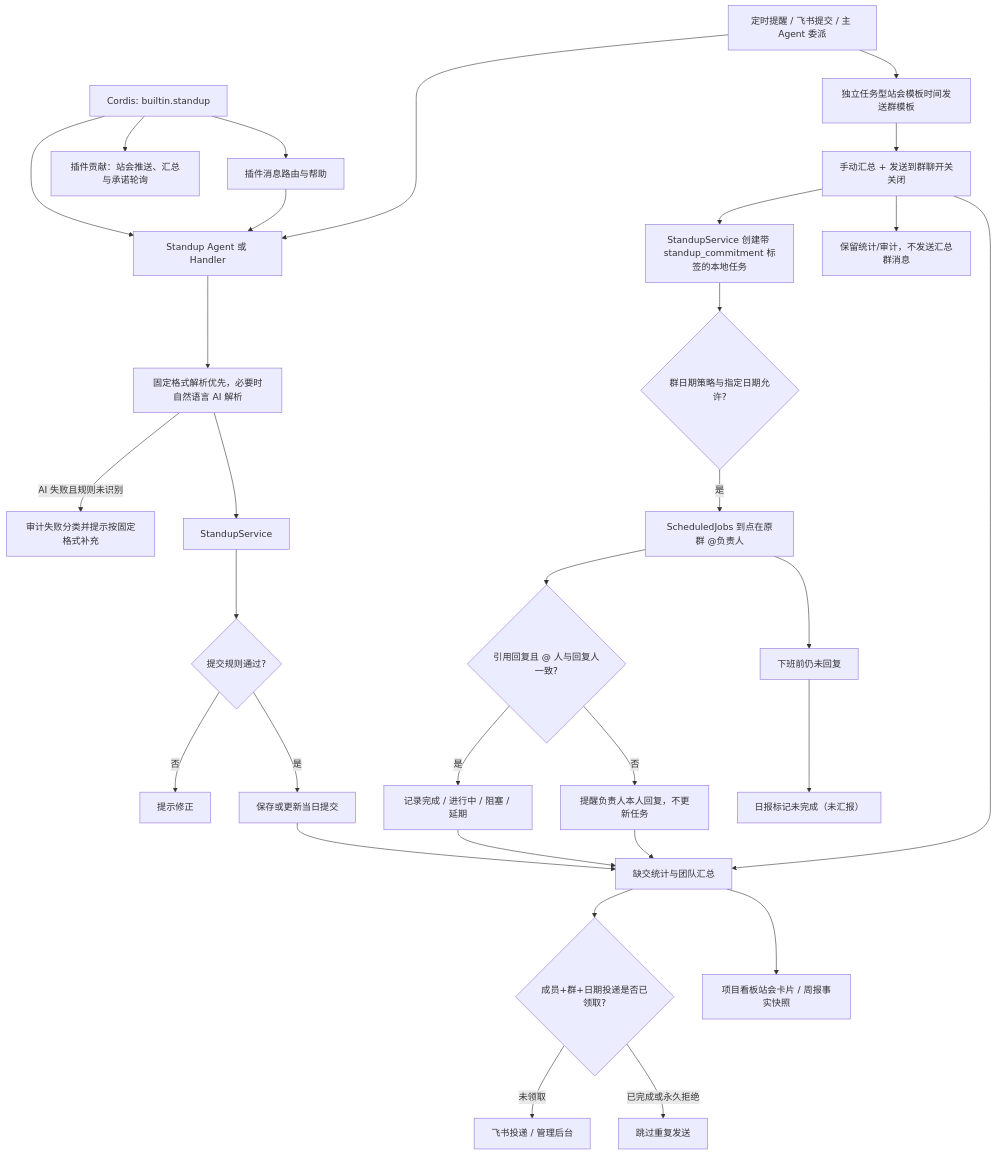
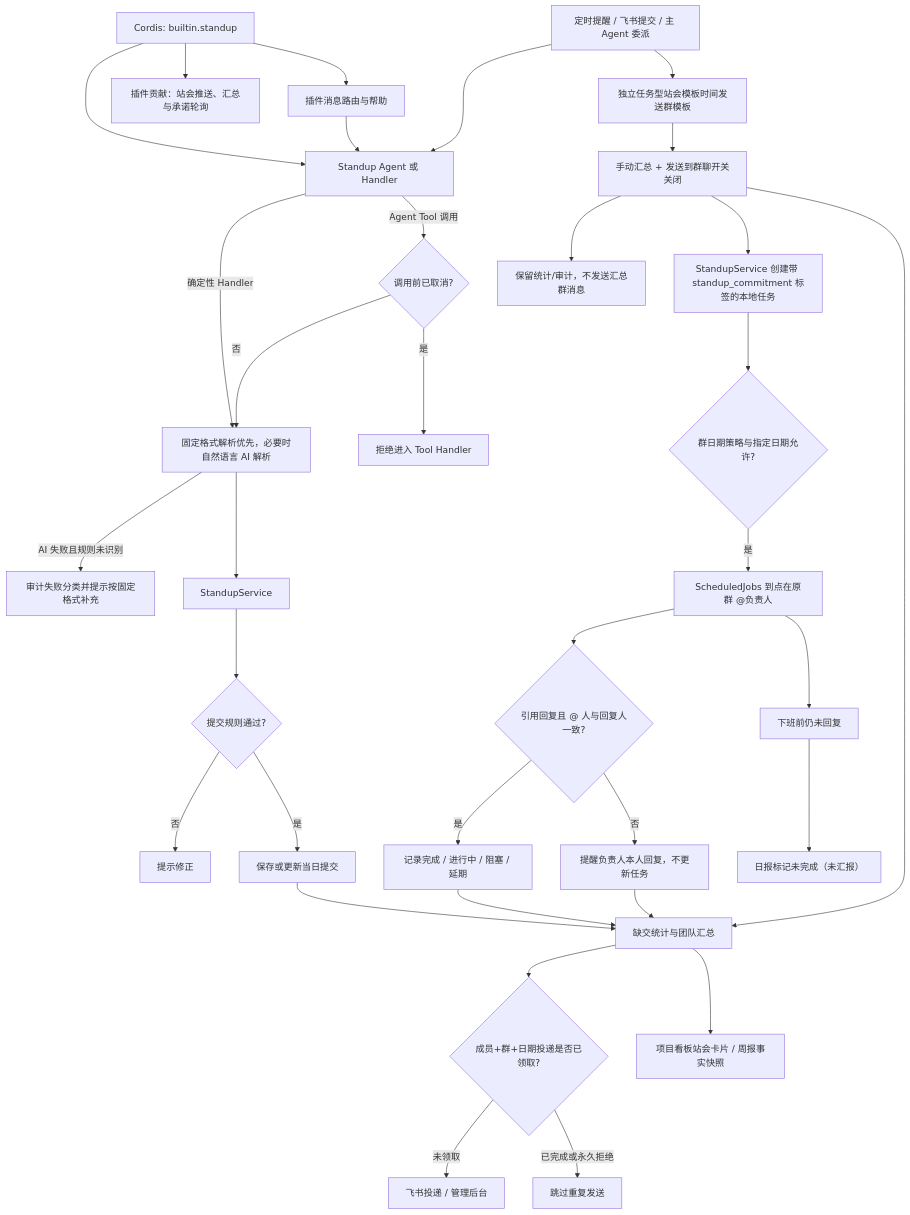
Before and after one commit to KlayPeter/AI-Delivery-Ops-Agent: the diagram in backend/src/domains/standup/FEATURE.md, drawn with Mermaid. The commit also changed other lines of this file and 26 other files, not shown here.

````diff
--- a/backend/src/domains/standup/FEATURE.md
+++ b/backend/src/domains/standup/FEATURE.md
@@ -22,33 +22,36 @@
 ```mermaid
 flowchart TD
     PL["Cordis: builtin.standup"] --> B
     PL --> MR["插件消息路由与帮助"]
     PL --> GS["插件贡献：站会推送、汇总与承诺轮询"]
     MR --> B
     A["定时提醒 / 飞书提交 / 主 Agent 委派"] --> B["Standup Agent 或 Handler"]
-    B --> C["固定格式解析优先，必要时自然语言 AI 解析"]
+    B -- "确定性 Handler" --> C["固定格式解析优先，必要时自然语言 AI 解析"]
+    B -- "Agent Tool 调用" --> TC{"调用前已取消?"}
+    TC -- 否 --> C
+    TC -- 是 --> TX["拒绝进入 Tool Handler"]
     C -- "AI 失败且规则未识别" --> X["审计失败分类并提示按固定格式补充"]
     C --> D["StandupService"]
     D --> E{"提交规则通过?"}
     E -- 否 --> F["提示修正"]
     E -- 是 --> G["保存或更新当日提交"]
     G --> H["缺交统计与团队汇总"]
     A --> M["独立任务型站会模板时间发送群模板"]
     M --> M2["成员引用模板 @负责人登记事项和交付时间"]
     M2 --> N["StandupService 创建带 standup_commitment 标签的本地任务"]
     N --> HC{"群日期策略与指定日期允许?"}
     HC -- "是" --> O["ScheduledJobs 到点在原群 @负责人"]
     O --> P{"引用回复且 @ 人与回复人一致?"}
     P -- "是" --> Q["记录完成 / 进行中 / 阻塞 / 延期"]
     P -- "否" --> R["提醒负责人本人回复，不更新任务"]
     O --> R2["下班前仍未回复"]
     R2 --> R3["日报标记未完成（未汇报）"]
     Q --> H
     R --> H
     H --> K{"成员+群+日期投递是否已领取?"}
     K -- "未领取" --> I["飞书投递 / 管理后台"]
     K -- "已完成或永久拒绝" --> L["跳过重复发送"]
     M2["手动汇总 + 发送到群聊开关关闭"] --> H
     M2 --> N2["保留统计/审计，不发送汇总群消息"]
     H --> J["项目看板站会卡片 / 周报事实快照"]
 ```
````
